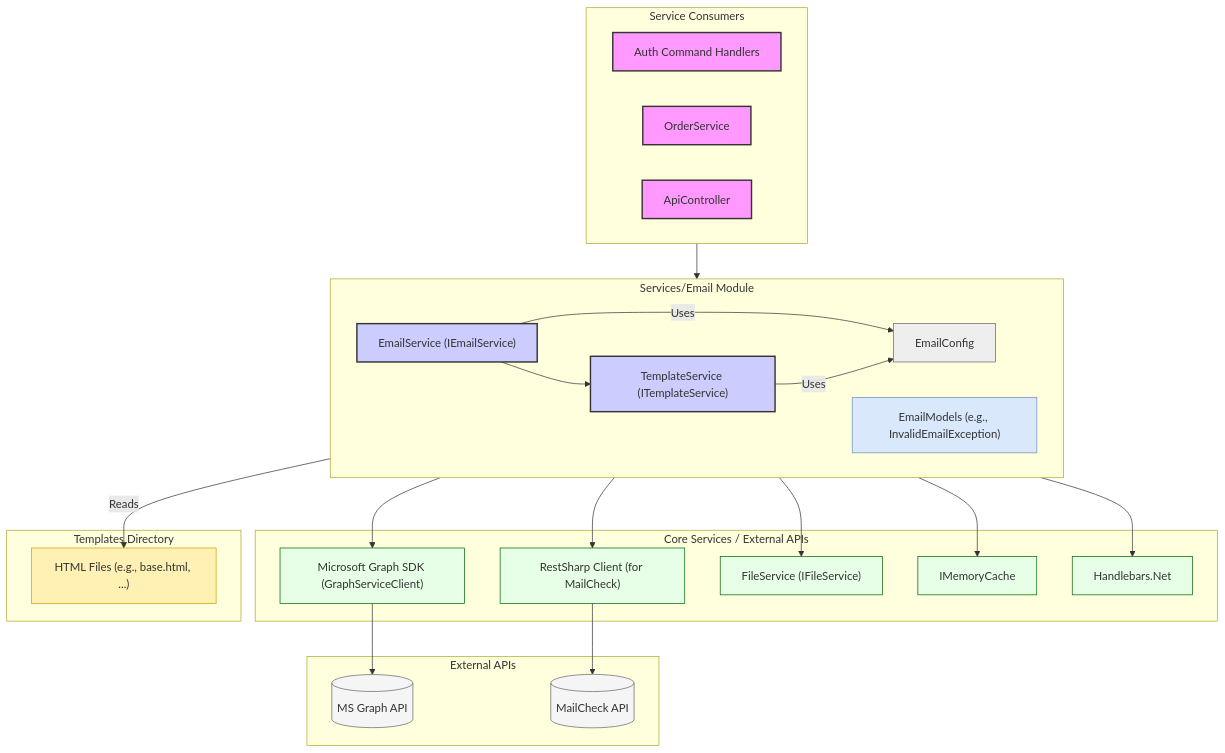
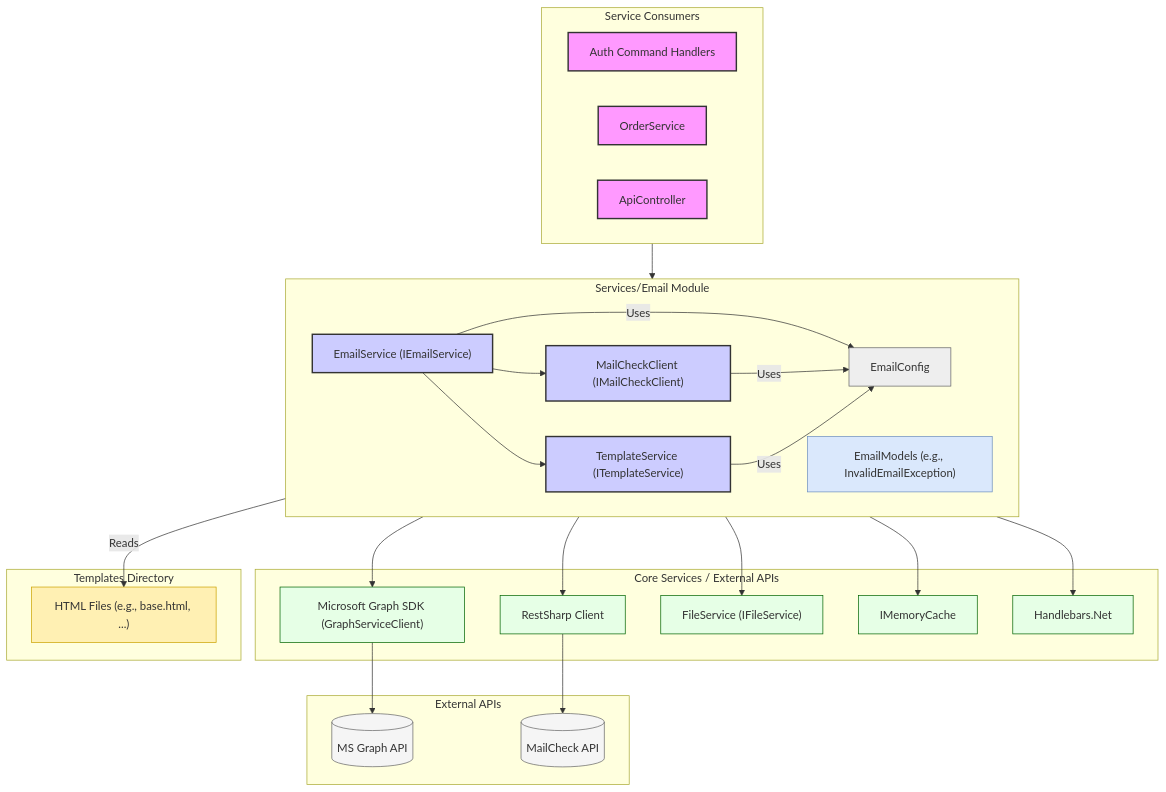
One commit to Zarichney-Development/zarichney-api changed the diagram in api-server/Services/Email/README.md. Above: the diagram before and after it, drawn with Mermaid. The commit also changed other lines of this file and 4 other files, not shown here.

First line of the commit message:
refactor: Extract MailCheckClient from EmailService and add Proxy pattern (#1)

````diff
--- a/api-server/Services/Email/README.md
+++ b/api-server/Services/Email/README.md
@@ -24,67 +25,71 @@
 ```mermaid
 %% Component diagram for the Email Service module
 graph TD
     subgraph EmailServiceModule ["Services/Email Module"]
         direction LR
         EmailSvc["EmailService (IEmailService)"]
+        MailCheckClient["MailCheckClient (IMailCheckClient)"]
         TemplateSvc["TemplateService (ITemplateService)"]
         EmailConfig["EmailConfig"]
         EmailModels["EmailModels (e.g., InvalidEmailException)"]
     end
 
     subgraph ExternalConsumers ["Service Consumers"]
         AuthCmdHandlers["Auth Command Handlers"]
         OrderSvc["OrderService"]
         ApiController["ApiController"]
     end
 
     subgraph CoreServices ["Core Services / External APIs"]
         GraphClient["Microsoft Graph SDK (GraphServiceClient)"]
-        RestClient["RestSharp Client (for MailCheck)"]
+        RestClient["RestSharp Client"]
         FileSvc["FileService (IFileService)"]
         MemoryCache["IMemoryCache"]
         Handlebars["Handlebars.Net"]
     end
 
     subgraph ExternalAPIs ["External APIs"]
         MSGraphAPI[("MS Graph API")]
         MailCheckAPI[("MailCheck API")]
     end
 
     subgraph Templates ["Templates Directory"]
         HTMLTemplates["HTML Files (e.g., base.html, ...)"]
     end
 
     %% Interactions
     ExternalConsumers --> EmailSvc
     EmailSvc --> GraphClient
-    EmailSvc --> RestClient
+    EmailSvc --> MailCheckClient
     EmailSvc --> TemplateSvc
-    EmailSvc --> MemoryCache
     EmailSvc -- Uses --> EmailConfig
+    
+    MailCheckClient --> RestClient
+    MailCheckClient --> MemoryCache
+    MailCheckClient -- Uses --> EmailConfig
+    RestClient --> MailCheckAPI
 
     TemplateSvc --> Handlebars
     TemplateSvc --> FileSvc
     TemplateSvc -- Reads --> HTMLTemplates
     TemplateSvc -- Uses --> EmailConfig
 
     GraphClient --> MSGraphAPI
-    RestClient --> MailCheckAPI
 
     %% Styling
     classDef service fill:#ccf,stroke:#333,stroke-width:2px;
     classDef consumer fill:#f9f,stroke:#333,stroke-width:2px;
     classDef external fill:#e6ffe6,stroke:#006400,stroke-width:1px;
     classDef config fill:#eee,stroke:#666,stroke-width:1px;
     classDef model fill:#dae8fc,stroke:#6c8ebf,stroke-width:1px;
     classDef template fill:#fff0b3,stroke:#cca300,stroke-width:1px;
     classDef api fill:#f5f5f5,stroke:#666,stroke-width:1px,shape:cylinder;
 
-    class EmailSvc,TemplateSvc service;
+    class EmailSvc,TemplateSvc,MailCheckClient service;
     class AuthCmdHandlers,OrderSvc,ApiController consumer;
     class GraphClient,RestClient,FileSvc,MemoryCache,Handlebars external;
     class EmailConfig config;
     class EmailModels model;
     class HTMLTemplates template;
     class MSGraphAPI,MailCheckAPI api;
 ```
````
